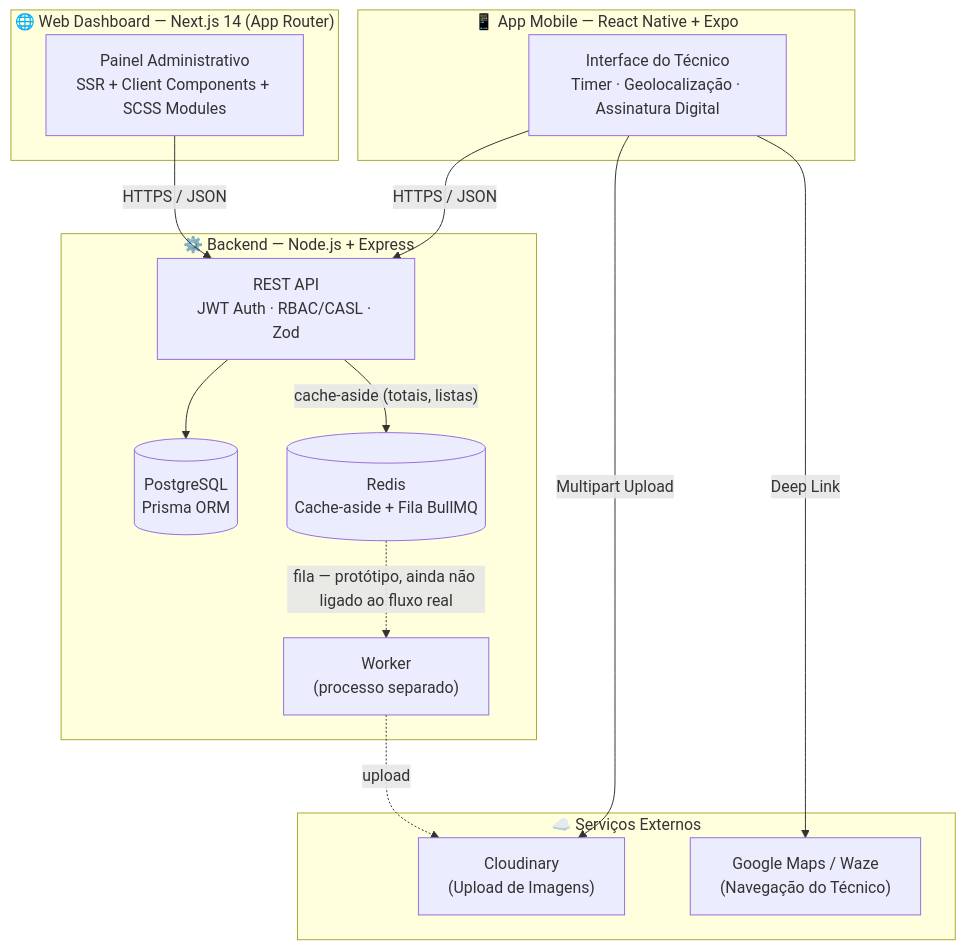
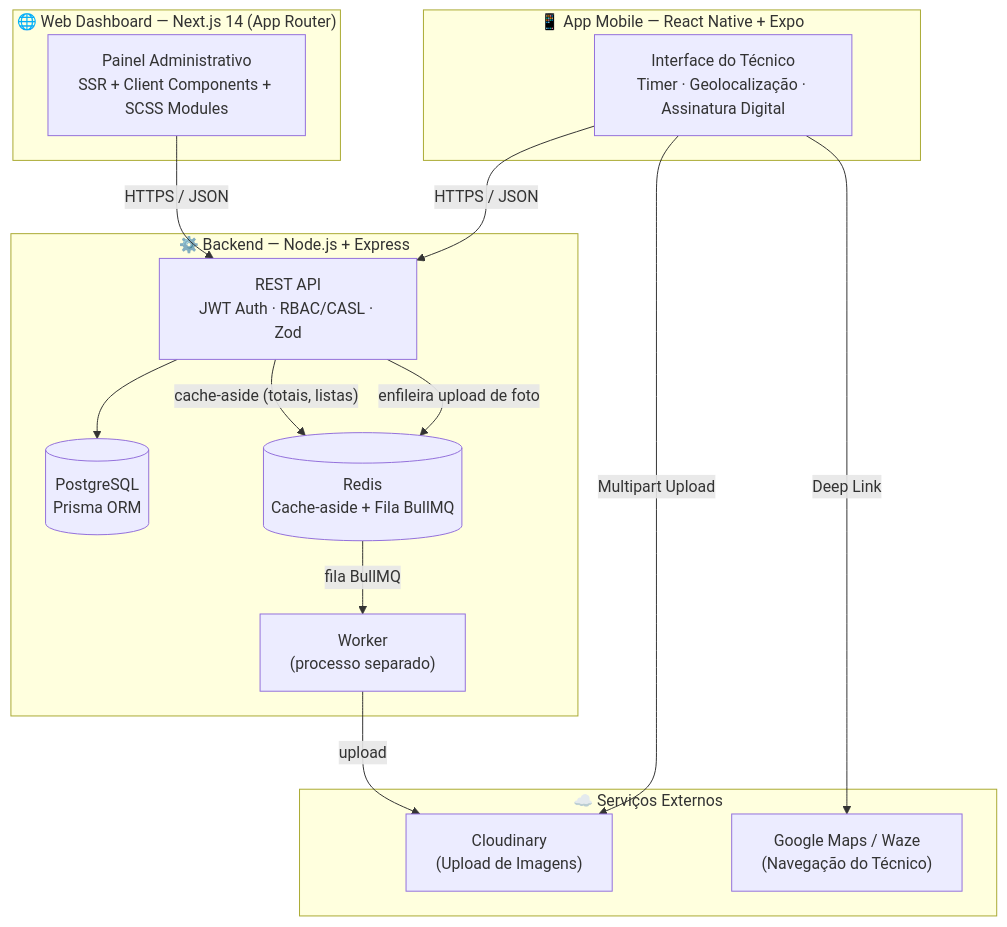
Before and after one commit to pablo-cruzbr/Fire-OS-Service-Order-SaaS: the diagram in README.md, drawn with Mermaid. The commit also changed other lines of this file, not shown here.

First line of the commit message:
docs: update root README to match the completed Zod/Repository rollout and real test infra

````diff
--- a/README.md
+++ b/README.md
@@ -60,31 +60,32 @@
 ```mermaid
 graph TB
   subgraph Web["🌐 Web Dashboard — Next.js 14 (App Router)"]
     FE["Painel Administrativo<br/>SSR + Client Components + SCSS Modules"]
   end
 
   subgraph Mobile["📱 App Mobile — React Native + Expo"]
     APP["Interface do Técnico<br/>Timer · Geolocalização · Assinatura Digital"]
   end
 
   subgraph Backend["⚙️ Backend — Node.js + Express"]
     API["REST API<br/>JWT Auth · RBAC/CASL · Zod"]
     DB[("PostgreSQL<br/>Prisma ORM")]
     REDIS[("Redis<br/>Cache-aside + Fila BullMQ")]
     WORKER["Worker<br/>(processo separado)"]
   end
 
   subgraph External["☁️ Serviços Externos"]
     CDN["Cloudinary<br/>(Upload de Imagens)"]
     MAPS["Google Maps / Waze<br/>(Navegação do Técnico)"]
   end
 
   FE  -->|"HTTPS / JSON"| API
   APP -->|"HTTPS / JSON"| API
   API --> DB
   API -->|"cache-aside (totais, listas)"| REDIS
-  REDIS -.->|"fila — protótipo, ainda não ligado ao fluxo real"| WORKER
-  WORKER -.->|"upload"| CDN
+  API -->|"enfileira upload de foto"| REDIS
+  REDIS -->|"fila BullMQ"| WORKER
+  WORKER -->|"upload"| CDN
   APP -->|"Multipart Upload"| CDN
   APP -->|"Deep Link"| MAPS
 ```
````
